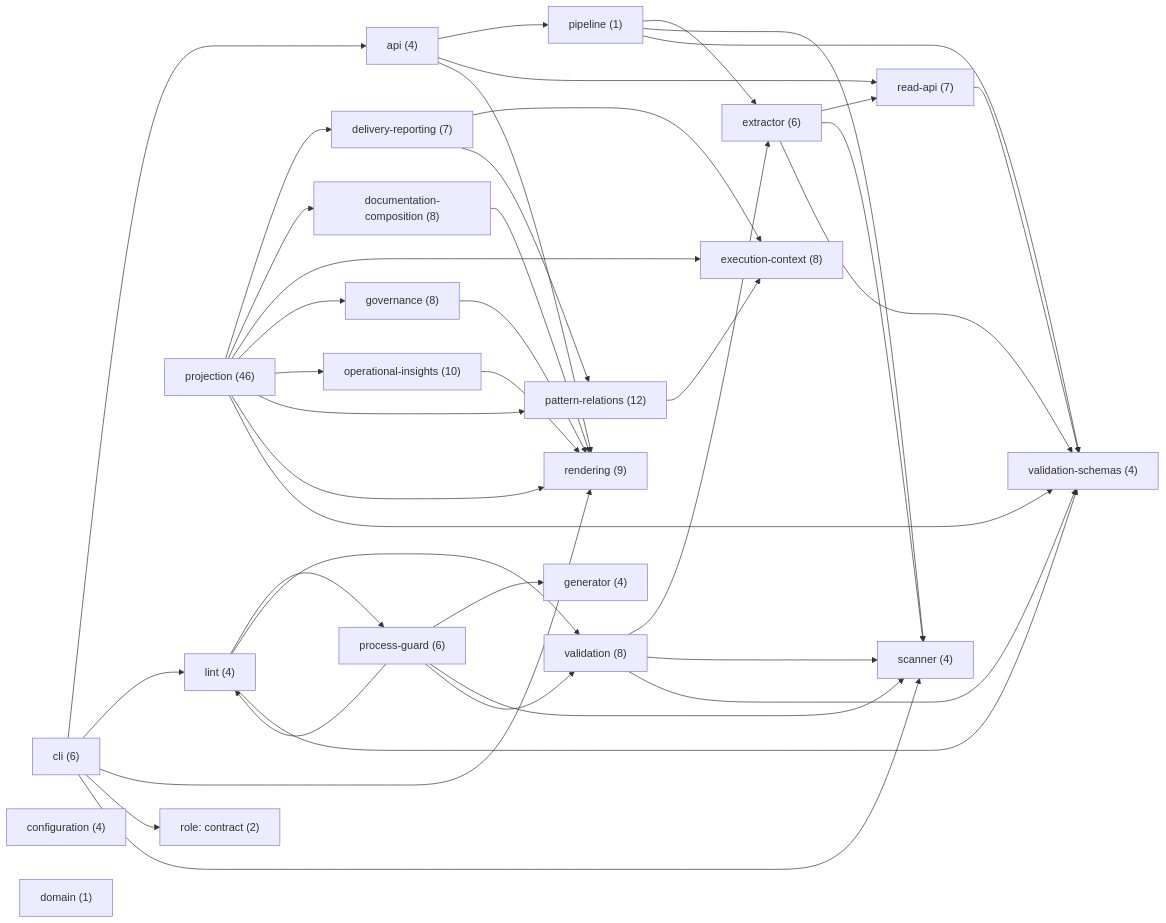
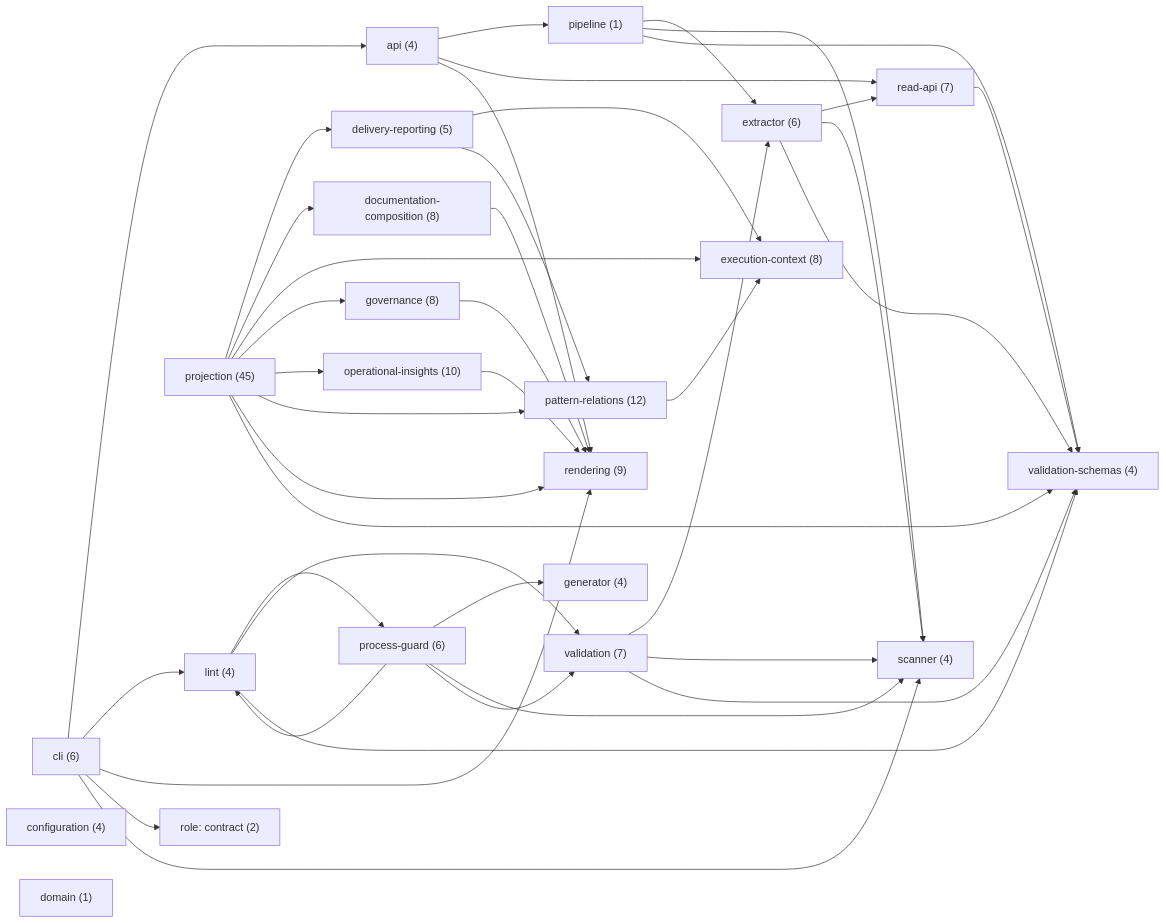
One commit to libar-dev/architect changed the first of 23 diagrams in docs-live/ARCHITECTURE.md. Above: the diagram before and after it, drawn with Mermaid. The commit also changed other lines of this file and 240 other files, not shown here.

````diff
--- a/docs-live/ARCHITECTURE.md
+++ b/docs-live/ARCHITECTURE.md
@@ -24,64 +24,64 @@
 ```mermaid
 graph LR
   api["api (4)"]
   cli["cli (6)"]
   configuration["configuration (4)"]
-  delivery_reporting["delivery-reporting (7)"]
+  delivery_reporting["delivery-reporting (5)"]
   documentation_composition["documentation-composition (8)"]
   domain["domain (1)"]
   execution_context["execution-context (8)"]
   extractor["extractor (6)"]
   generator["generator (4)"]
   governance["governance (8)"]
   lint["lint (4)"]
   operational_insights["operational-insights (10)"]
   pattern_relations["pattern-relations (12)"]
   pipeline["pipeline (1)"]
   process_guard["process-guard (6)"]
-  projection["projection (46)"]
+  projection["projection (45)"]
   read_api["read-api (7)"]
   rendering["rendering (9)"]
   scanner["scanner (4)"]
-  validation["validation (8)"]
+  validation["validation (7)"]
   validation_schemas["validation-schemas (4)"]
   role_contract["role: contract (2)"]
   api --> pipeline
   api --> read_api
   api --> rendering
   cli --> api
   cli --> lint
   cli --> rendering
   cli --> role_contract
   cli --> scanner
   delivery_reporting --> execution_context
   delivery_reporting --> pattern_relations
   documentation_composition --> rendering
   extractor --> read_api
   extractor --> scanner
   extractor --> validation_schemas
   governance --> rendering
   lint --> process_guard
   lint --> validation
   lint --> validation_schemas
   operational_insights --> rendering
   pattern_relations --> execution_context
   pipeline --> extractor
   pipeline --> scanner
   pipeline --> validation_schemas
   process_guard --> generator
   process_guard --> lint
   process_guard --> scanner
   process_guard --> validation
   projection --> delivery_reporting
   projection --> documentation_composition
   projection --> execution_context
   projection --> governance
   projection --> operational_insights
   projection --> pattern_relations
   projection --> rendering
   projection --> validation_schemas
   read_api --> validation_schemas
   validation --> extractor
   validation --> scanner
   validation --> validation_schemas
 ```
````
